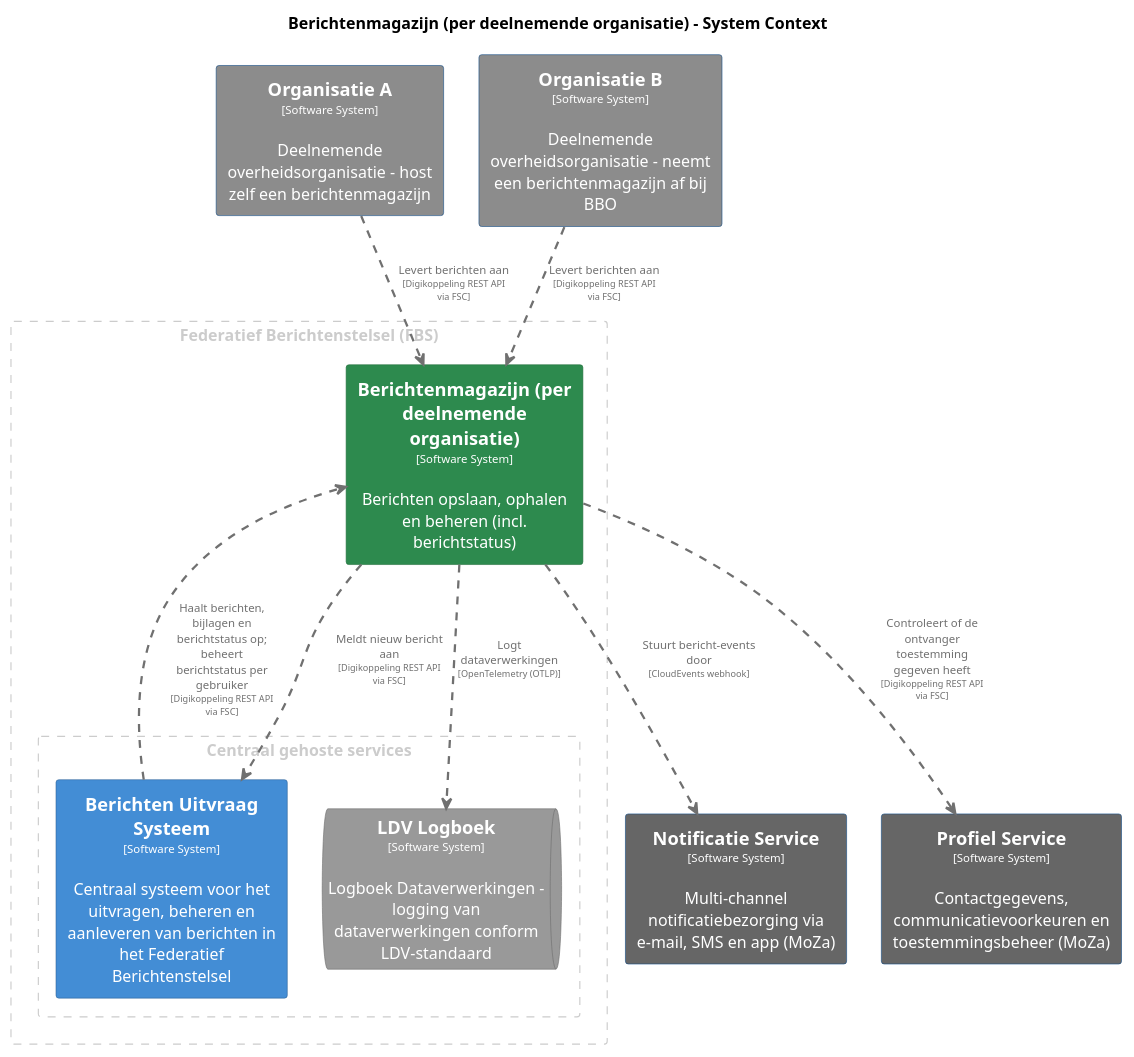
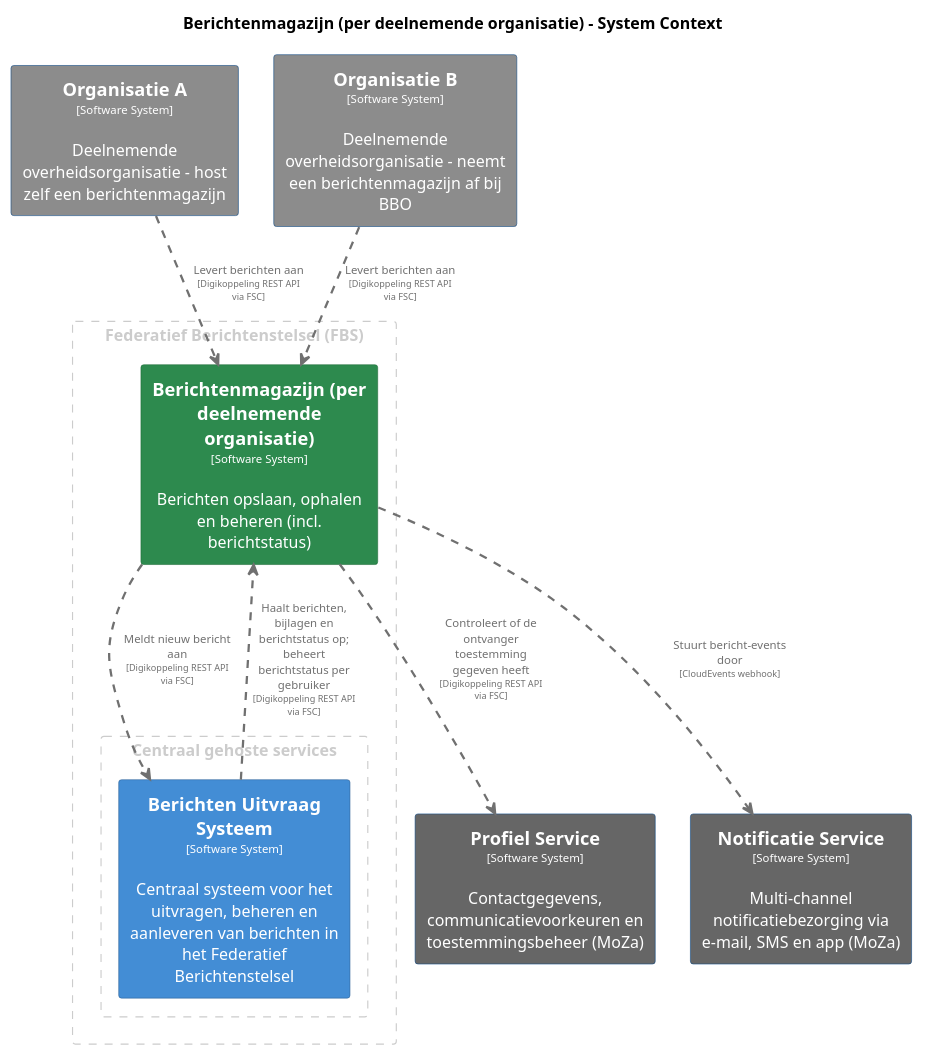
The diagram in pr-preview/pr-22/master/puml/Berichtenmagazijn.puml (MinBZK/moza-poc-fbs-berichtenbox), drawn with PlantUML before and after one commit. The commit also changed 53 other files, not shown here.

```diff
--- a/pr-preview/pr-22/master/puml/Berichtenmagazijn.puml
+++ b/pr-preview/pr-22/master/puml/Berichtenmagazijn.puml
@@ -1,90 +1,82 @@
 @startuml
 set separator none
 title Berichtenmagazijn (per deelnemende organisatie) - System Context
 
 top to bottom direction
 skinparam ranksep 60
 skinparam nodesep 30
 
 skinparam {
   arrowFontSize 10
   defaultTextAlignment center
   wrapWidth 200
   maxMessageSize 100
 }
 
 hide stereotype
 
 skinparam rectangle<<BerichtenUitvraagSysteem>> {
   BackgroundColor #438dd5
   FontColor #ffffff
   BorderColor #2e6295
   shadowing false
 }
 skinparam rectangle<<Berichtenmagazijnperdeelnemendeorganisatie>> {
   BackgroundColor #2d8a4e
   FontColor #ffffff
   BorderColor #1e6b38
-  shadowing false
-}
-skinparam queue<<LDVLogboek>> {
-  BackgroundColor #999999
-  FontColor #ffffff
-  BorderColor #6b6b6b
   shadowing false
 }
 skinparam rectangle<<NotificatieService>> {
   BackgroundColor #666666
   FontColor #ffffff
   BorderColor #0b4884
   shadowing false
 }
 skinparam rectangle<<OrganisatieA>> {
   BackgroundColor #8c8c8c
   FontColor #ffffff
   BorderColor #0b4884
   shadowing false
 }
 skinparam rectangle<<OrganisatieB>> {
   BackgroundColor #8c8c8c
   FontColor #ffffff
   BorderColor #0b4884
   shadowing false
 }
 skinparam rectangle<<ProfielService>> {
   BackgroundColor #666666
   FontColor #ffffff
   BorderColor #0b4884
   shadowing false
 }
 
 rectangle "Federatief Berichtenstelsel (FBS)" <<group1>> as group1 {
   skinparam RectangleBorderColor<<group1>> #cccccc
   skinparam RectangleFontColor<<group1>> #cccccc
   skinparam RectangleBorderStyle<<group1>> dashed
 
   rectangle "==Berichtenmagazijn (per deelnemende organisatie)\n<size:10>[Software System]</size>\n\nBerichten opslaan, ophalen en beheren (incl. berichtstatus)" <<Berichtenmagazijnperdeelnemendeorganisatie>> as Berichtenmagazijnperdeelnemendeorganisatie
     rectangle "Centraal gehoste services" <<group2>> as group2 {
       skinparam RectangleBorderColor<<group2>> #cccccc
       skinparam RectangleFontColor<<group2>> #cccccc
       skinparam RectangleBorderStyle<<group2>> dashed
 
       rectangle "==Berichten Uitvraag Systeem\n<size:10>[Software System]</size>\n\nCentraal systeem voor het uitvragen, beheren en aanleveren van berichten in het Federatief Berichtenstelsel" <<BerichtenUitvraagSysteem>> as BerichtenUitvraagSysteem
-      queue "==LDV Logboek\n<size:10>[Software System]</size>\n\nLogboek Dataverwerkingen - logging van dataverwerkingen conform LDV-standaard" <<LDVLogboek>> as LDVLogboek
     }
 
 }
 
 rectangle "==Organisatie A\n<size:10>[Software System]</size>\n\nDeelnemende overheidsorganisatie - host zelf een berichtenmagazijn" <<OrganisatieA>> as OrganisatieA
 rectangle "==Organisatie B\n<size:10>[Software System]</size>\n\nDeelnemende overheidsorganisatie - neemt een berichtenmagazijn af bij BBO" <<OrganisatieB>> as OrganisatieB
 rectangle "==Profiel Service\n<size:10>[Software System]</size>\n\nContactgegevens, communicatievoorkeuren en toestemmingsbeheer (MoZa)" <<ProfielService>> as ProfielService
 rectangle "==Notificatie Service\n<size:10>[Software System]</size>\n\nMulti-channel notificatiebezorging via e-mail, SMS en app (MoZa)" <<NotificatieService>> as NotificatieService
 
+Berichtenmagazijnperdeelnemendeorganisatie .[#707070,thickness=2].> BerichtenUitvraagSysteem : "<color:#707070>Meldt nieuw bericht aan\n<color:#707070><size:8>[Digikoppeling REST API via FSC]</size>"
+Berichtenmagazijnperdeelnemendeorganisatie .[#707070,thickness=2].> NotificatieService : "<color:#707070>Stuurt bericht-events door\n<color:#707070><size:8>[CloudEvents webhook]</size>"
 OrganisatieA .[#707070,thickness=2].> Berichtenmagazijnperdeelnemendeorganisatie : "<color:#707070>Levert berichten aan\n<color:#707070><size:8>[Digikoppeling REST API via FSC]</size>"
 OrganisatieB .[#707070,thickness=2].> Berichtenmagazijnperdeelnemendeorganisatie : "<color:#707070>Levert berichten aan\n<color:#707070><size:8>[Digikoppeling REST API via FSC]</size>"
 Berichtenmagazijnperdeelnemendeorganisatie .[#707070,thickness=2].> ProfielService : "<color:#707070>Controleert of de ontvanger toestemming gegeven heeft\n<color:#707070><size:8>[Digikoppeling REST API via FSC]</size>"
-Berichtenmagazijnperdeelnemendeorganisatie .[#707070,thickness=2].> LDVLogboek : "<color:#707070>Logt dataverwerkingen\n<color:#707070><size:8>[OpenTelemetry (OTLP)]</size>"
 BerichtenUitvraagSysteem .[#707070,thickness=2].> Berichtenmagazijnperdeelnemendeorganisatie : "<color:#707070>Haalt berichten, bijlagen en berichtstatus op; beheert berichtstatus per gebruiker\n<color:#707070><size:8>[Digikoppeling REST API via FSC]</size>"
-Berichtenmagazijnperdeelnemendeorganisatie .[#707070,thickness=2].> BerichtenUitvraagSysteem : "<color:#707070>Meldt nieuw bericht aan\n<color:#707070><size:8>[Digikoppeling REST API via FSC]</size>"
-Berichtenmagazijnperdeelnemendeorganisatie .[#707070,thickness=2].> NotificatieService : "<color:#707070>Stuurt bericht-events door\n<color:#707070><size:8>[CloudEvents webhook]</size>"
 @enduml
```
